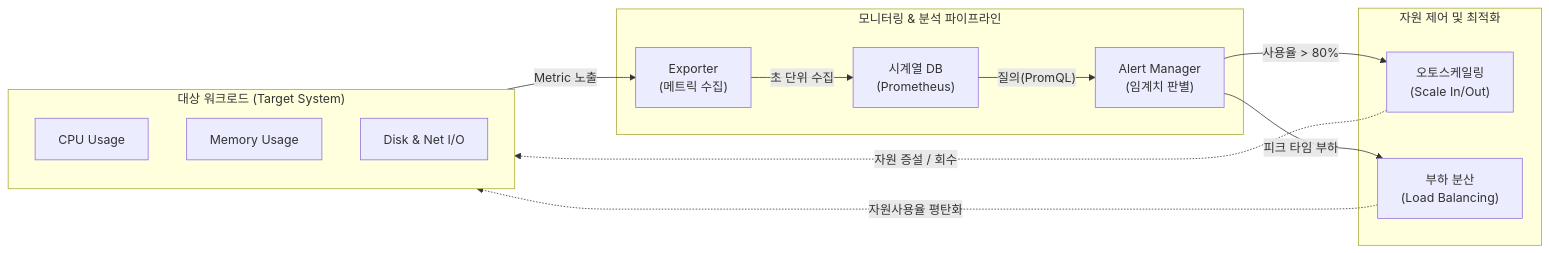
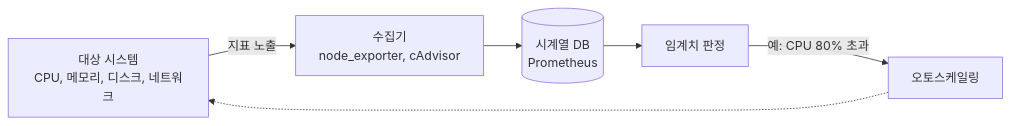
Before and after one commit to supremethumb/supremethumb.github.io: the diagram in content/01_IT Tech/자원사용율.md, drawn with Mermaid. The commit also changed other lines of this file and 1087 other files, not shown here.

````diff
--- a/content/01_IT Tech/자원사용율.md
+++ b/content/01_IT Tech/자원사용율.md
@@ -27,28 +35,8 @@
 ```mermaid
 flowchart LR
-    subgraph Target ["대상 워크로드 (Target System)"]
-        direction TB
-        CPU["CPU Usage"]
-        MEM["Memory Usage"]
-        IO["Disk & Net I/O"]
-    end
-
-    subgraph Monitoring ["모니터링 & 분석 파이프라인"]
-        Agent["Exporter<br/>(메트릭 수집)"]
-        TSDB["시계열 DB<br/>(Prometheus)"]
-        Alert["Alert Manager<br/>(임계치 판별)"]
-        Agent -->|"초 단위 수집"| TSDB -->|"질의(PromQL)"| Alert
-    end
-
-    subgraph Action ["자원 제어 및 최적화"]
-        HPA["오토스케일링<br/>(Scale In/Out)"]
-        LB["부하 분산<br/>(Load Balancing)"]
-    end
-
-    Target -->|"Metric 노출"| Agent
-    Alert -->|"사용율 > 80%"| HPA
-    Alert -->|"피크 타임 부하"| LB
-    HPA -.->|"자원 증설 / 회수"| Target
-    LB -.->|"자원사용율 평탄화"| Target
-
+    SYS["대상 시스템<br/>CPU, 메모리, 디스크, 네트워크"] -->|"지표 노출"| EXP["수집기<br/>node_exporter, cAdvisor"]
+    EXP --> TSDB[("시계열 DB<br/>Prometheus")]
+    TSDB --> AL["임계치 판정"]
+    AL -->|"예: CPU 80% 초과"| AS["오토스케일링"]
+    AS -.-> SYS
 ```
````
